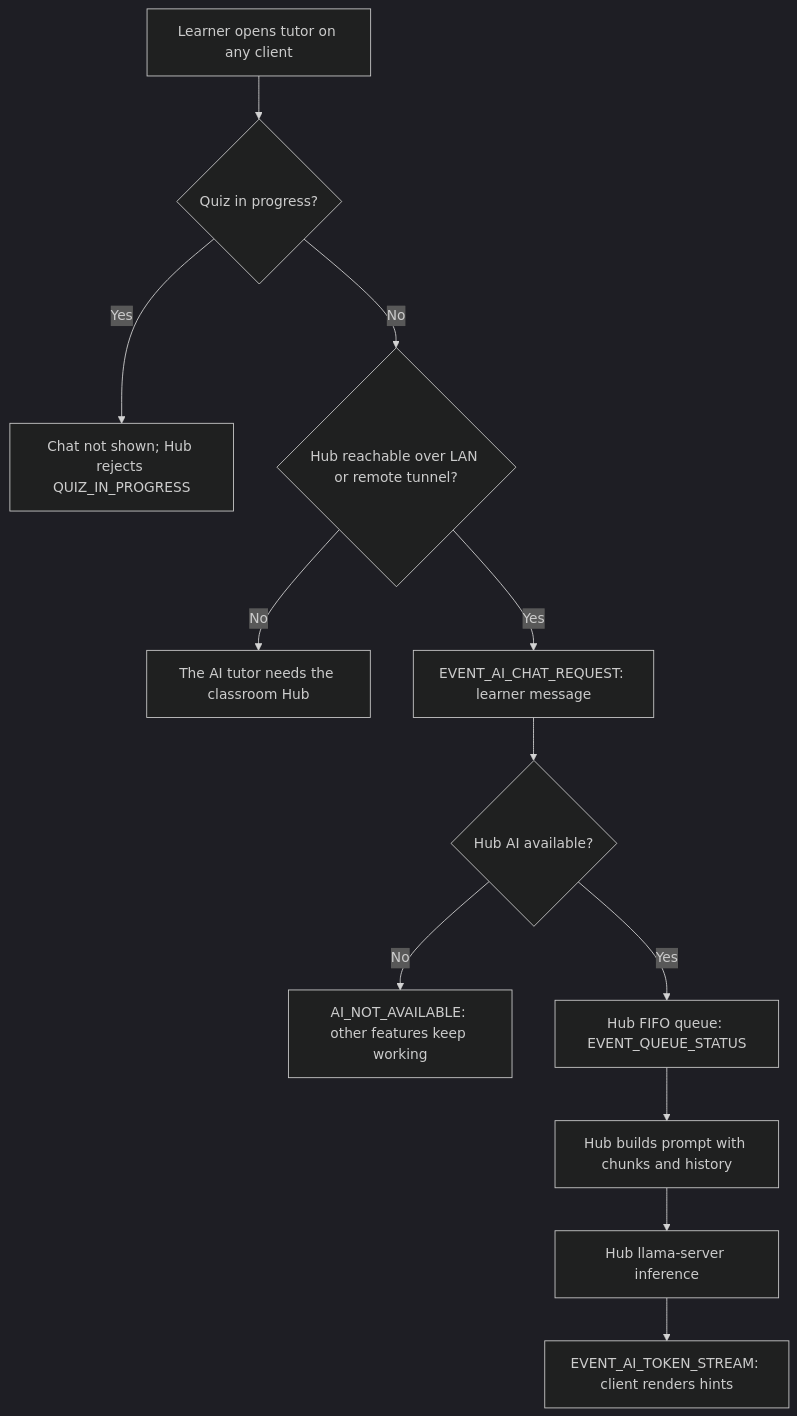
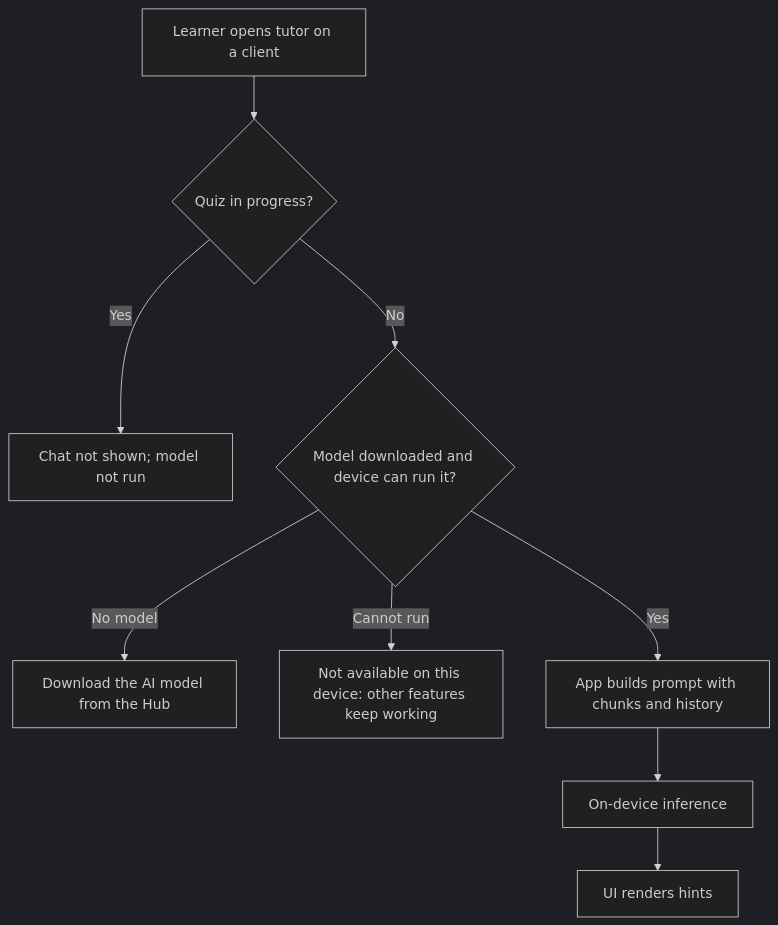
One commit to BootlegYouki/L.A.R.A changed the third of 5 diagrams in docs/PRD.md. Above: the diagram before and after it, drawn with Mermaid (dark theme). The commit also changed other lines of this file and 37 other files, not shown here.

````diff
--- a/docs/PRD.md
+++ b/docs/PRD.md
@@ -250,14 +250,11 @@
 ```mermaid
 flowchart TD
- Start["Learner opens tutor on any client"] --> Quiz{"Quiz in progress?"}
- Quiz -->|Yes| Locked["Chat not shown; Hub rejects QUIZ_IN_PROGRESS"]
- Quiz -->|No| Reachable{"Hub reachable over LAN or remote tunnel?"}
- Reachable -->|No| Offline["The AI tutor needs the classroom Hub"]
- Reachable -->|Yes| Request["EVENT_AI_CHAT_REQUEST: learner message"]
- Request --> Available{"Hub AI available?"}
- Available -->|No| Unavailable["AI_NOT_AVAILABLE: other features keep working"]
- Available -->|Yes| Queue["Hub FIFO queue: EVENT_QUEUE_STATUS"]
- Queue --> Prompt["Hub builds prompt with chunks and history"]
- Prompt --> Infer["Hub llama-server inference"]
- Infer --> Stream["EVENT_AI_TOKEN_STREAM: client renders hints"]
+ Start["Learner opens tutor on a client"] --> Quiz{"Quiz in progress?"}
+ Quiz -->|Yes| Locked["Chat not shown; model not run"]
+ Quiz -->|No| Model{"Model downloaded and device can run it?"}
+ Model -->|No model| Download["Download the AI model from the Hub"]
+ Model -->|Cannot run| Unavailable["Not available on this device: other features keep working"]
+ Model -->|Yes| Prompt["App builds prompt with chunks and history"]
+ Prompt --> Infer["On-device inference"]
+ Infer --> Stream["UI renders hints"]
 ```
````
